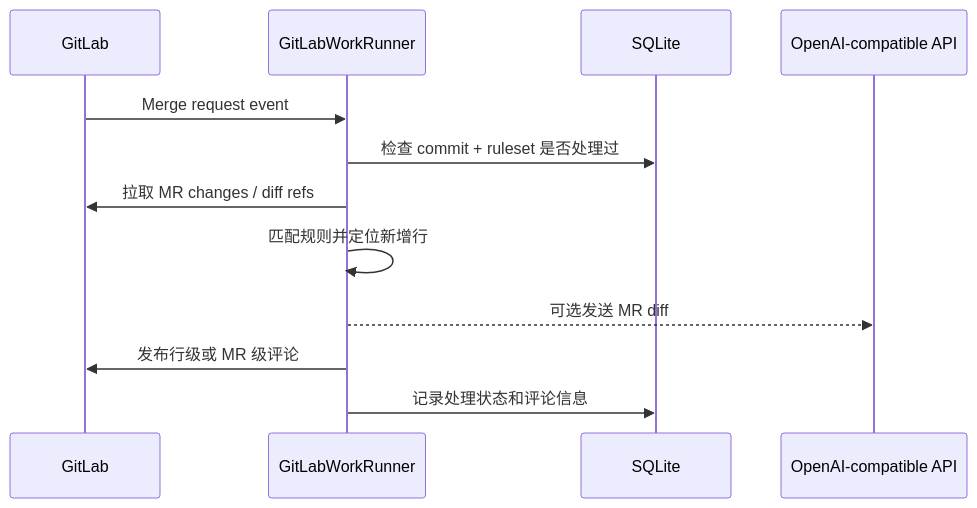
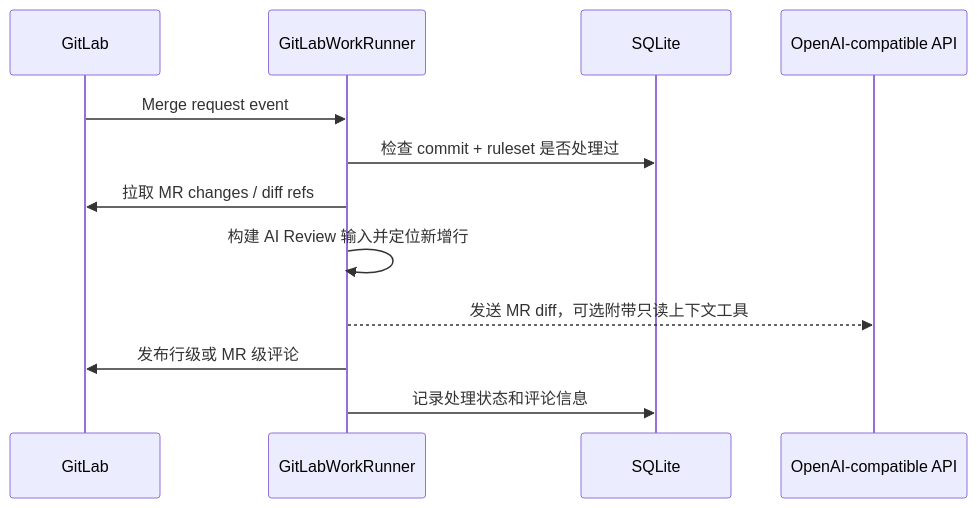
One commit to SwartzMss/GitLabWorkRunner changed the second of 2 diagrams in README.md. Above: the diagram before and after it, drawn with Mermaid. The commit also changed other lines of this file and 3 other files, not shown here.

````diff
--- a/README.md
+++ b/README.md
@@ -28,15 +26,15 @@
 ```mermaid
 sequenceDiagram
     participant GitLab
     participant Runner as GitLabWorkRunner
     participant DB as SQLite
     participant AI as OpenAI-compatible API
 
     GitLab->>Runner: Merge request event
     Runner->>DB: 检查 commit + ruleset 是否处理过
     Runner->>GitLab: 拉取 MR changes / diff refs
-    Runner->>Runner: 匹配规则并定位新增行
-    Runner-->>AI: 可选发送 MR diff
+    Runner->>Runner: 构建 AI Review 输入并定位新增行
+    Runner-->>AI: 发送 MR diff，可选附带只读上下文工具
     Runner->>GitLab: 发布行级或 MR 级评论
     Runner->>DB: 记录处理状态和评论信息
 ```
````
